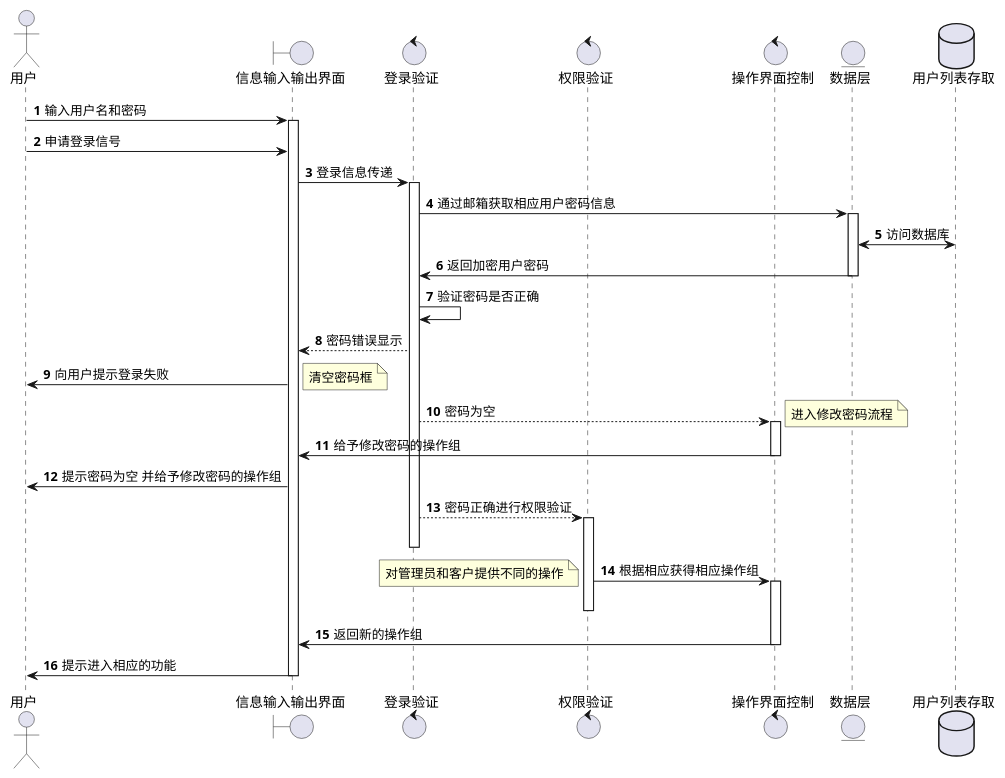
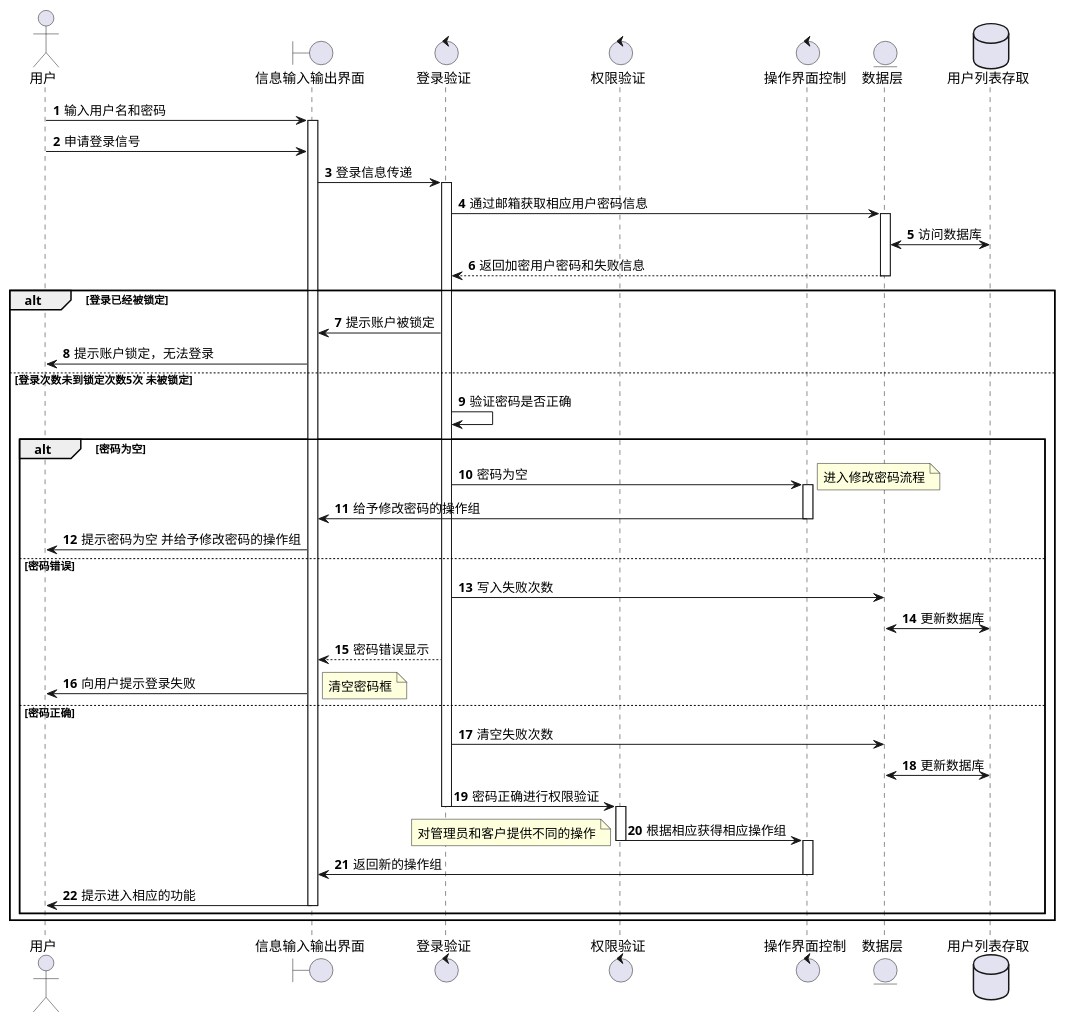
The diagram in requirementsAnalysis/顺序图/登录顺序图.puml (DaTouJun/ISETrain2023_BackEnd), drawn with PlantUML before and after one commit. The commit also changed 23 other files, not shown here.

Commit message:
完成了客户操作的顺序图

```diff
--- a/requirementsAnalysis/顺序图/登录顺序图.puml
+++ b/requirementsAnalysis/顺序图/登录顺序图.puml
@@ -1,55 +1,72 @@
 @startuml
 'https://plantuml.com/sequence-diagram
 
 autonumber
 
 actor 用户 as user
 boundary 信息输入输出界面 as inout
 control 登录验证 as validation
 control 权限验证 as priorities
 control 操作界面控制 as factory
 entity 数据层 as dao
 database 用户列表存取 as db
 
 user -> inout : 输入用户名和密码
 activate inout
 user -> inout : 申请登录信号
 
 inout -> validation : 登录信息传递
 activate validation
 
 validation -> dao : 通过邮箱获取相应用户密码信息
 activate dao
 
 dao <-> db : 访问数据库
-dao -> validation : 返回加密用户密码
+dao --> validation : 返回加密用户密码和失败信息
 deactivate dao
 
-validation -> validation : 验证密码是否正确
-validation --> inout : 密码错误显示
-inout -> user : 向用户提示登录失败
-note right : 清空密码框
+alt 登录已经被锁定
+    validation -> inout : 提示账户被锁定
+    inout -> user : 提示账户锁定，无法登录
 
-validation --> factory : 密码为空
-note right : 进入修改密码流程
-activate factory
+else 登录次数未到锁定次数5次 未被锁定
 
-factory -> inout :  给予修改密码的操作组
-deactivate factory
-inout -> user : 提示密码为空 并给予修改密码的操作组
+    validation -> validation : 验证密码是否正确
 
-validation --> priorities : 密码正确进行权限验证
-activate priorities
-deactivate validation
+    alt 密码为空
+         validation -> factory : 密码为空
+         note right : 进入修改密码流程
+         activate factory
 
-priorities -> factory : 根据相应获得相应操作组
-note left : 对管理员和客户提供不同的操作
-activate factory
-deactivate priorities
+         factory -> inout :  给予修改密码的操作组
+         deactivate factory
+         inout -> user : 提示密码为空 并给予修改密码的操作组
 
-factory -> inout : 返回新的操作组
-deactivate factory
-inout -> user : 提示进入相应的功能
-deactivate inout
+    else 密码错误
+
+        validation -> dao : 写入失败次数
+        dao <-> db : 更新数据库
+        validation --> inout : 密码错误显示
+        inout -> user : 向用户提示登录失败
+        note right : 清空密码框
+
+    else 密码正确
+        validation -> dao : 清空失败次数
+        dao <-> db : 更新数据库
+        validation -> priorities : 密码正确进行权限验证
+        deactivate validation
+        activate priorities
+
+        priorities -> factory : 根据相应获得相应操作组
+        deactivate priorities
+        note left : 对管理员和客户提供不同的操作
+        activate factory
+
+        factory -> inout : 返回新的操作组
+        deactivate factory
+        inout -> user : 提示进入相应的功能
+        deactivate inout
+    end
+end
 
 @enduml
```
